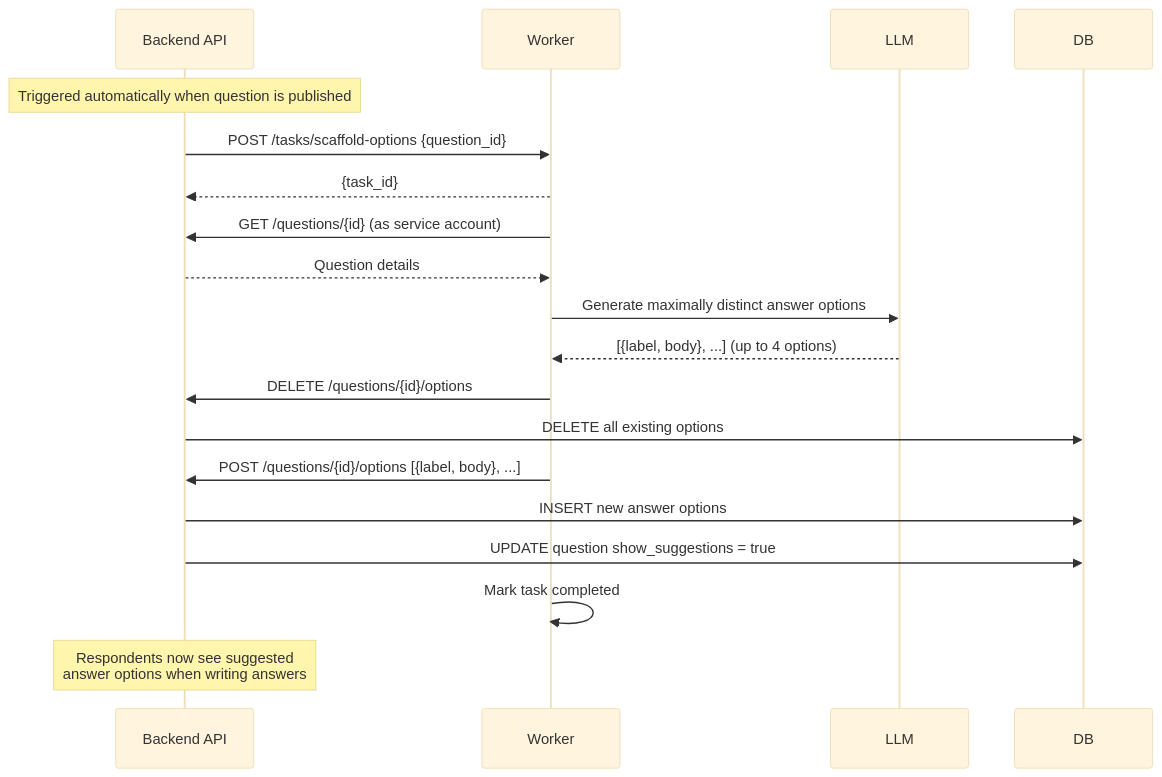
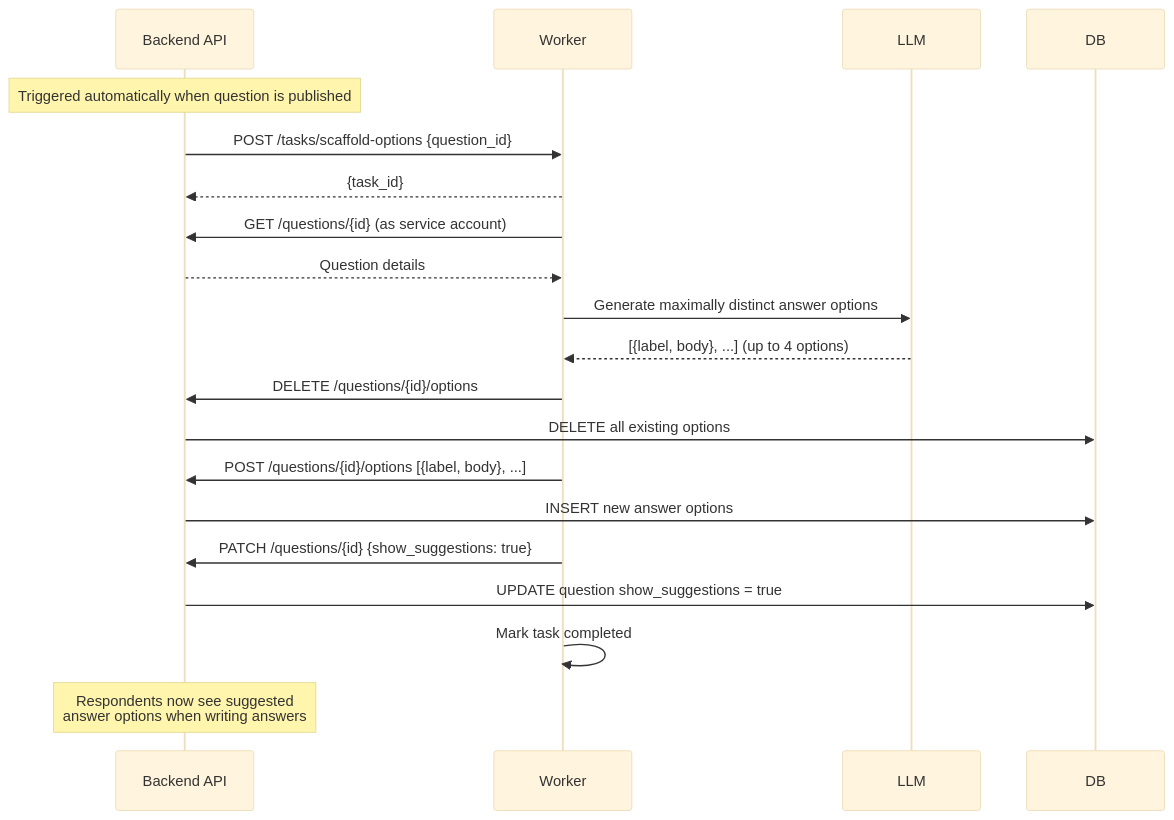
One commit to keytech42/tacit-knowledge-elicitation changed the ninth of 17 diagrams in docs/sequence-diagrams.md. Above: the diagram before and after it, drawn with Mermaid (base theme). The commit also changed other lines of this file, not shown here.

First line of the commit message:
Fix sequence diagram inaccuracies and add state machine notes

````diff
--- a/docs/sequence-diagrams.md
+++ b/docs/sequence-diagrams.md
@@ -368,29 +382,31 @@
 ```mermaid
 sequenceDiagram
     participant Backend as Backend API
     participant Worker
     participant LLM
     participant DB
 
     Note over Backend: Triggered automatically when question is published
 
     Backend->>Worker: POST /tasks/scaffold-options {question_id}
     Worker-->>Backend: {task_id}
 
     Worker->>Backend: GET /questions/{id} (as service account)
     Backend-->>Worker: Question details
 
     Worker->>LLM: Generate maximally distinct answer options
     LLM-->>Worker: [{label, body}, ...] (up to 4 options)
 
     Worker->>Backend: DELETE /questions/{id}/options
     Backend->>DB: DELETE all existing options
 
     Worker->>Backend: POST /questions/{id}/options [{label, body}, ...]
     Backend->>DB: INSERT new answer options
+
+    Worker->>Backend: PATCH /questions/{id} {show_suggestions: true}
     Backend->>DB: UPDATE question show_suggestions = true
 
     Worker->>Worker: Mark task completed
 
     Note over Backend: Respondents now see suggested<br/>answer options when writing answers
 ```
````
